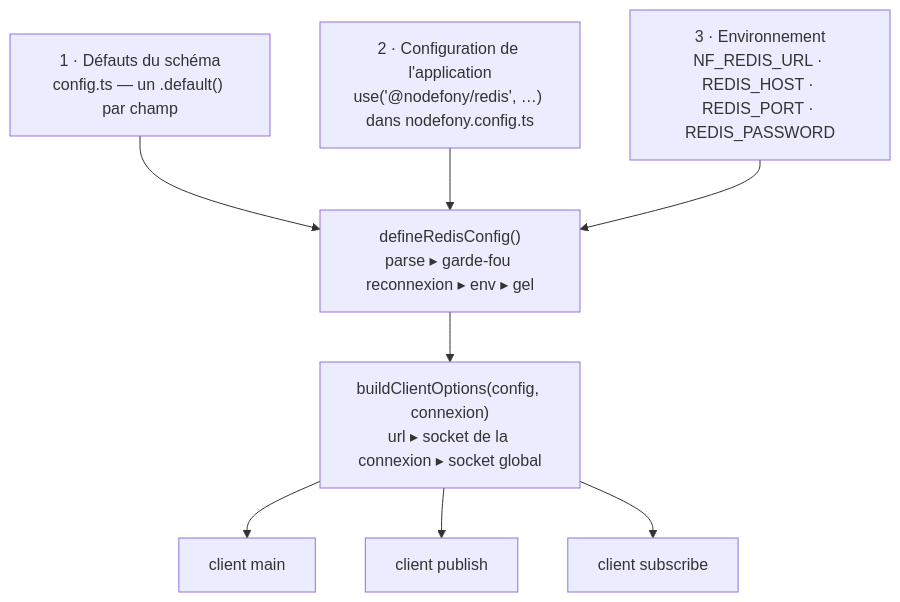
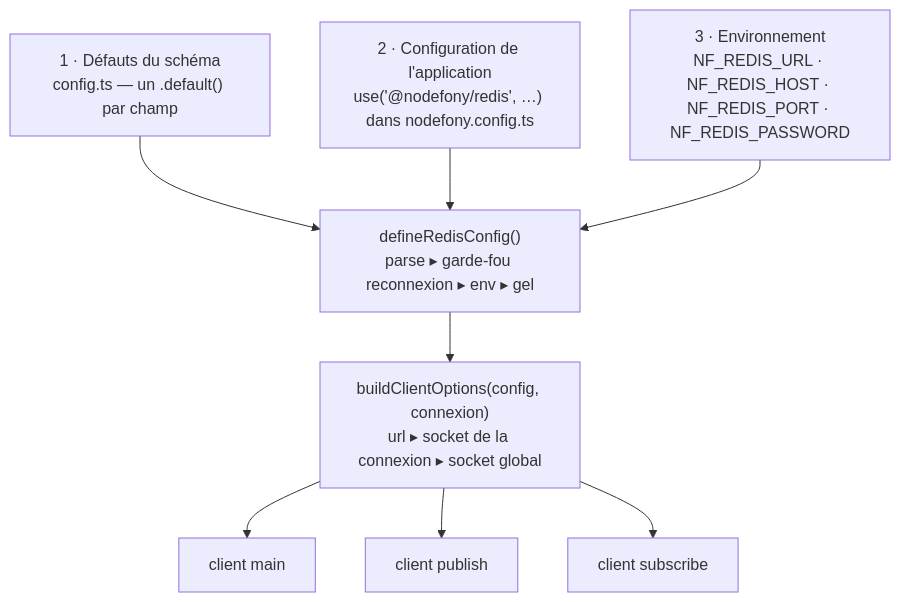
One commit to nodefony/nodefony-core changed the diagram in src/packages/@nodefony/redis/docs/configuration.md. Above: the diagram before and after it, drawn with Mermaid. The commit also changed other lines of this file and 90 other files, not shown here.

````diff
--- a/src/packages/@nodefony/redis/docs/configuration.md
+++ b/src/packages/@nodefony/redis/docs/configuration.md
@@ -43,19 +43,19 @@
 ```mermaid
 flowchart TD
   D["1 · Défauts du schéma<br/>config.ts — un .default() par champ"]
   A["2 · Configuration de l'application<br/>use('@nodefony/redis', …) dans nodefony.config.ts"]
-  E["3 · Environnement<br/>NF_REDIS_URL · REDIS_HOST · REDIS_PORT · REDIS_PASSWORD"]
+  E["3 · Environnement<br/>NF_REDIS_URL · NF_REDIS_HOST · NF_REDIS_PORT · NF_REDIS_PASSWORD"]
   P["defineRedisConfig()<br/>parse ▸ garde-fou reconnexion ▸ env ▸ gel"]
   B["buildClientOptions(config, connexion)<br/>url ▸ socket de la connexion ▸ socket global"]
   C1["client main"]
   C2["client publish"]
   C3["client subscribe"]
 
   D --> P
   A --> P
   E --> P
   P --> B
   B --> C1
   B --> C2
   B --> C3
 ```
````
